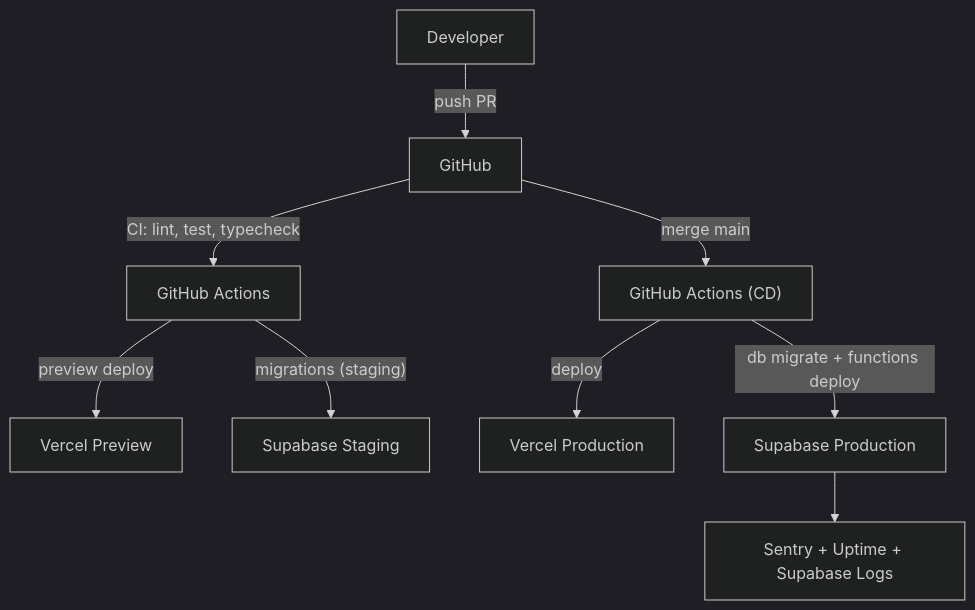
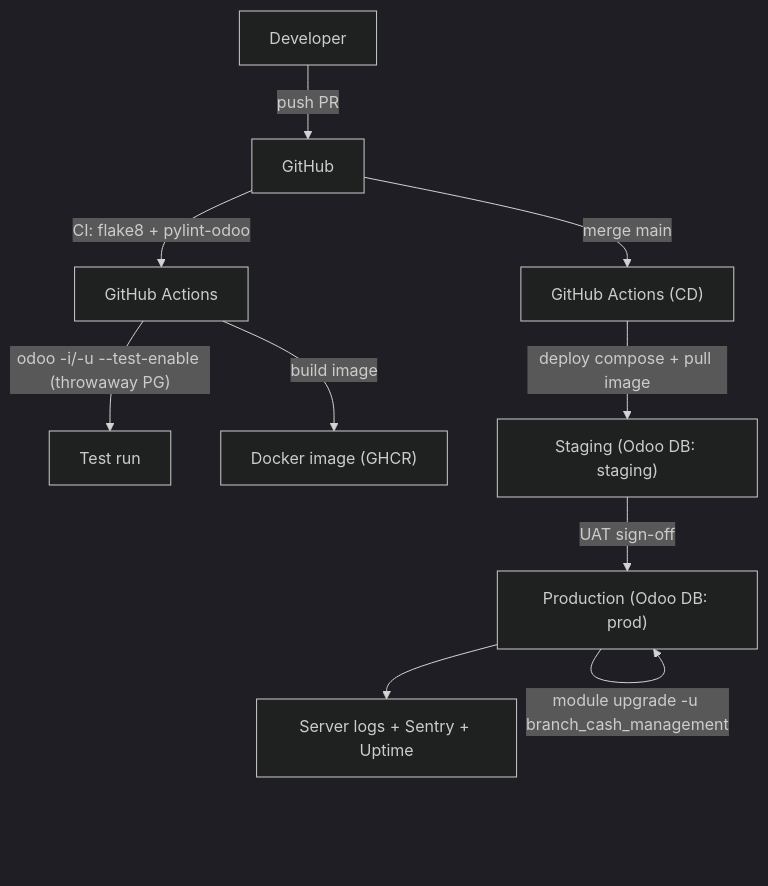
Before and after one commit to arunideen/branch-cash-management-system-odoo: the eighth of 8 diagrams in docs/TechnicalArchitecture.md, drawn with Mermaid (dark theme). The commit also changed other lines of this file and 53 other files, not shown here.

````diff
--- a/docs/TechnicalArchitecture.md
+++ b/docs/TechnicalArchitecture.md
@@ -331,11 +330,12 @@
 ```mermaid
 graph TB
     Dev["Developer"] -->|push PR| GH["GitHub"]
-    GH -->|CI: lint, test, typecheck| CI["GitHub Actions"]
-    CI -->|preview deploy| VPrev["Vercel Preview"]
-    CI -->|"migrations (staging)"| SBstg["Supabase Staging"]
+    GH -->|CI: flake8 + pylint-odoo| CI["GitHub Actions"]
+    CI -->|"odoo -i/-u --test-enable (throwaway PG)"| T["Test run"]
+    CI -->|build image| IMG["Docker image (GHCR)"]
     GH -->|merge main| CD["GitHub Actions (CD)"]
-    CD -->|deploy| VProd["Vercel Production"]
-    CD -->|db migrate + functions deploy| SBprod["Supabase Production"]
-    SBprod --> Mon["Sentry + Uptime + Supabase Logs"]
+    CD -->|deploy compose + pull image| STG["Staging (Odoo DB: staging)"]
+    STG -->|UAT sign-off| PRD["Production (Odoo DB: prod)"]
+    PRD -->|"module upgrade -u branch_cash_management"| PRD
+    PRD --> Mon["Server logs + Sentry + Uptime"]
 ```
````
